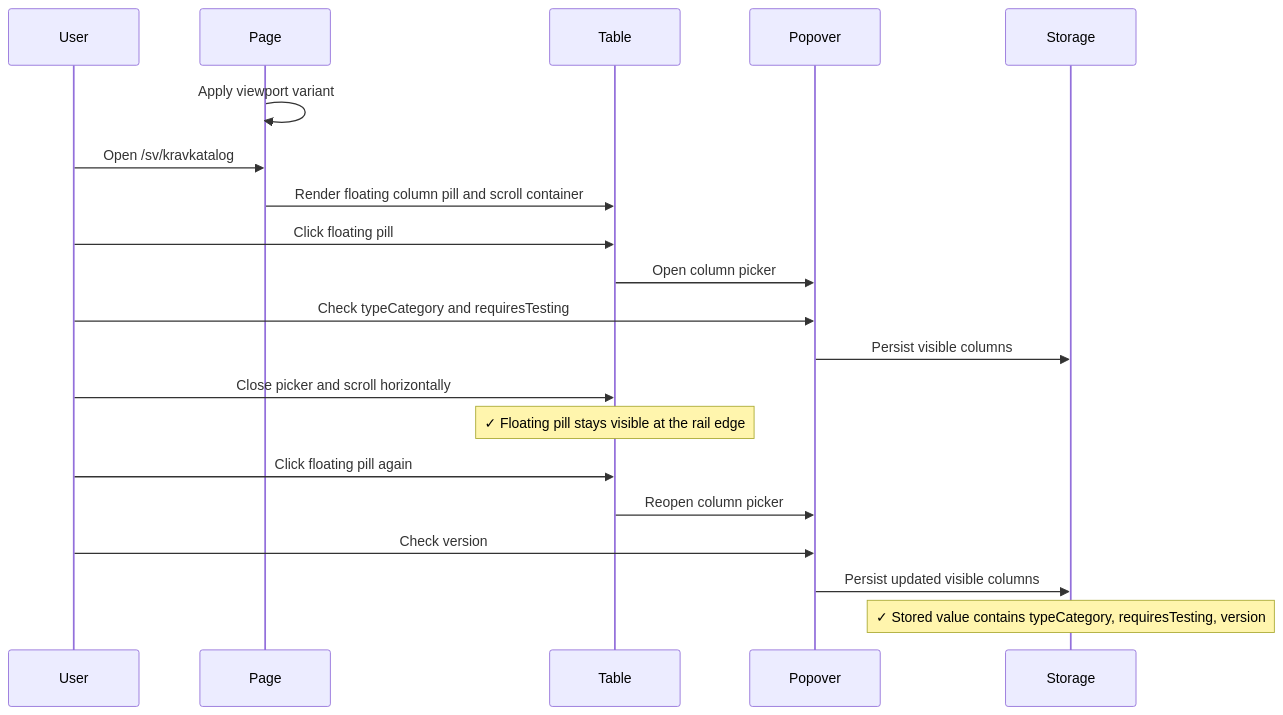
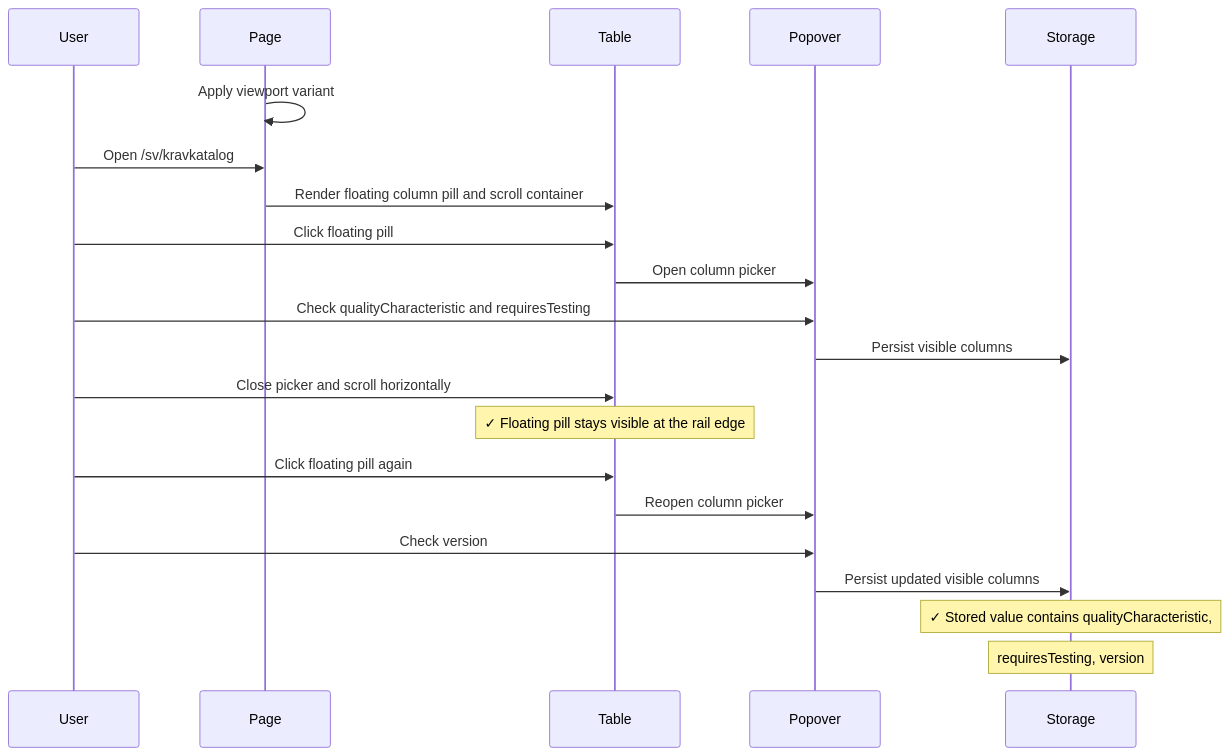
One commit to viscalyx/Kravhantering changed the second of 3 diagrams in tests/integration/requirements-table-column-picker.md. Above: the diagram before and after it, drawn with Mermaid. The commit also changed other lines of this file and 49 other files, not shown here.

Commit message:
rename from requirement_type_categories to quality_characteristics

````diff
--- a/tests/integration/requirements-table-column-picker.md
+++ b/tests/integration/requirements-table-column-picker.md
@@ -92,23 +92,24 @@
 ```mermaid
 sequenceDiagram
     participant U as User
     participant P as Page
     participant T as Table
     participant Pop as Popover
     participant S as Storage
 
     P->>P: Apply viewport variant
     U->>P: Open /sv/kravkatalog
     P->>T: Render floating column pill and scroll container
     U->>T: Click floating pill
     T->>Pop: Open column picker
-    U->>Pop: Check typeCategory and requiresTesting
+    U->>Pop: Check qualityCharacteristic and requiresTesting
     Pop->>S: Persist visible columns
     U->>T: Close picker and scroll horizontally
     Note over T: ✓ Floating pill stays visible at the rail edge
     U->>T: Click floating pill again
     T->>Pop: Reopen column picker
     U->>Pop: Check version
     Pop->>S: Persist updated visible columns
-    Note over S: ✓ Stored value contains typeCategory, requiresTesting, version
+    Note over S: ✓ Stored value contains qualityCharacteristic,
+    Note over S: requiresTesting, version
 ```
````
